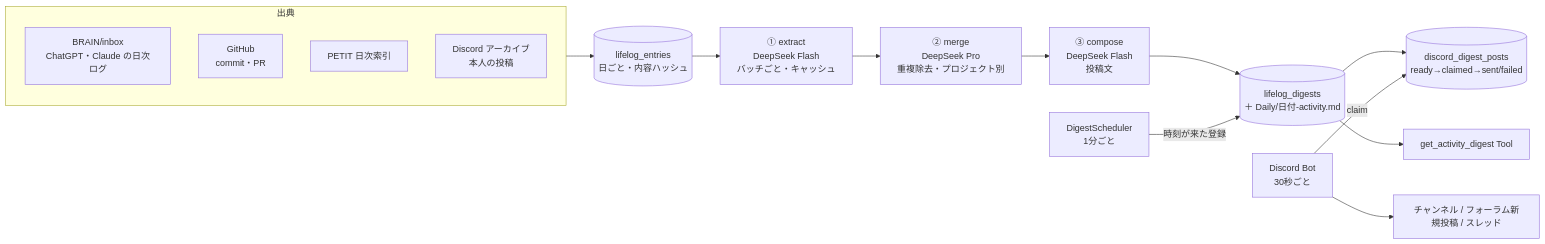
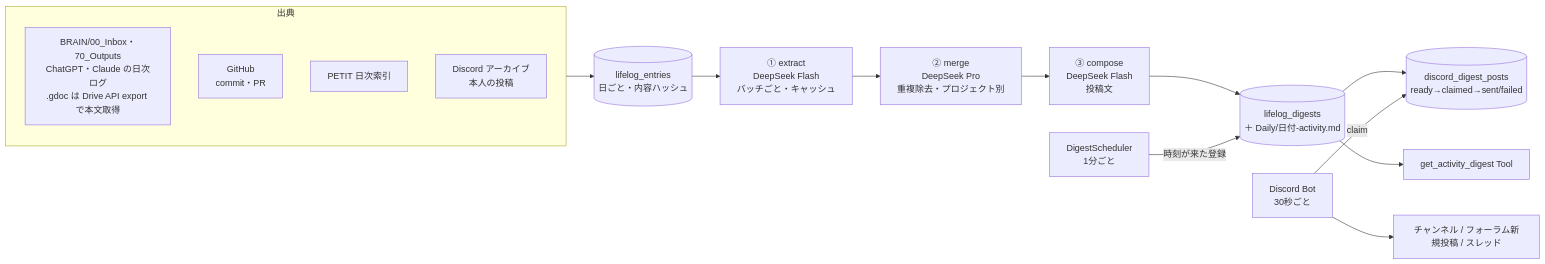
The diagram in docs/life/activity-digest.md (Soso2e/PETIT), drawn with Mermaid before and after one commit. The commit also changed other lines of this file and 9 other files, not shown here.

````diff
--- a/docs/life/activity-digest.md
+++ b/docs/life/activity-digest.md
@@ -17,19 +17,19 @@
 ```mermaid
 flowchart LR
     subgraph Sources[出典]
-        Inbox[BRAIN/inbox<br/>ChatGPT・Claude の日次ログ]
+        Inbox[BRAIN/00_Inbox・70_Outputs<br/>ChatGPT・Claude の日次ログ<br/>.gdoc は Drive API export で本文取得]
         GH[GitHub<br/>commit・PR]
         Petit[PETIT 日次索引]
         DA[Discord アーカイブ<br/>本人の投稿]
     end
     Sources --> Entries[(lifelog_entries<br/>日ごと・内容ハッシュ)]
     Entries --> S1[① extract<br/>DeepSeek Flash<br/>バッチごと・キャッシュ]
     S1 --> S2[② merge<br/>DeepSeek Pro<br/>重複除去・プロジェクト別]
     S2 --> S3[③ compose<br/>DeepSeek Flash<br/>投稿文]
     S3 --> Digest[(lifelog_digests<br/>＋ Daily/日付-activity.md)]
     Sched[DigestScheduler<br/>1分ごと] -->|時刻が来た登録| Digest
     Digest --> Queue[(discord_digest_posts<br/>ready→claimed→sent/failed)]
     Bot[Discord Bot<br/>30秒ごと] -->|claim| Queue
     Bot --> Ch[チャンネル / フォーラム新規投稿 / スレッド]
     Digest --> Tool[get_activity_digest Tool]
 ```
````
